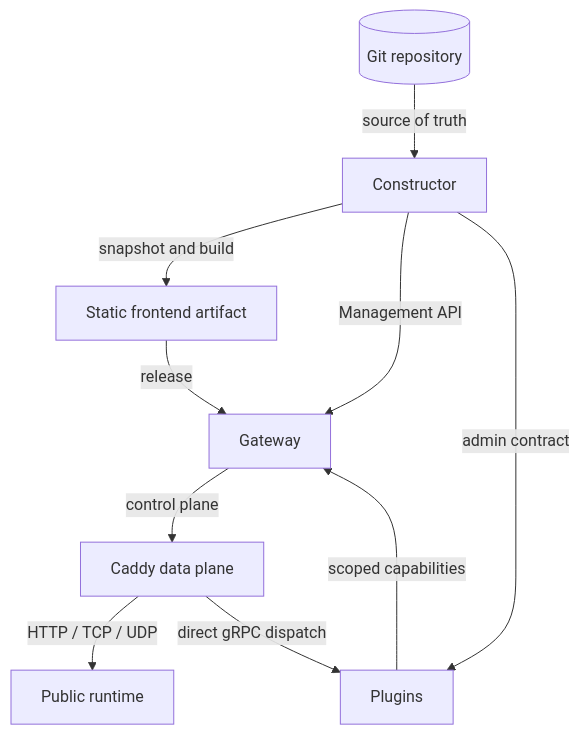
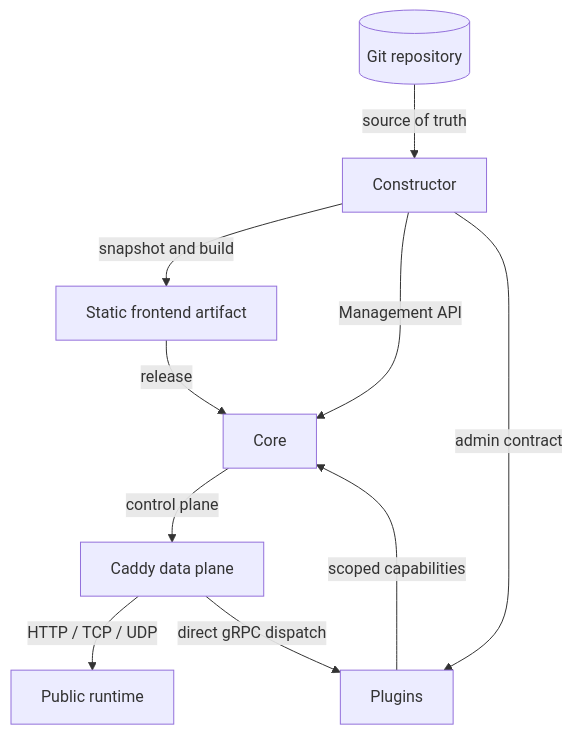
Before and after one commit to Liapoldus/liapoldus.github.io: the diagram in diagrams/ecosystem.mmd, drawn with Mermaid. The commit also changed 171 other files, not shown here.

```diff
--- a/diagrams/ecosystem.mmd
+++ b/diagrams/ecosystem.mmd
@@ -1,10 +1,10 @@
 flowchart TD
   GIT[(Git repository)] -->|source of truth| C[Constructor]
   C -->|snapshot and build| A[Static frontend artifact]
-  C -->|Management API| GW[Gateway]
+  C -->|Management API| GW[Core]
   C -->|admin contract| P[Plugins]
   A -->|release| GW
   P -->|scoped capabilities| GW
   GW -->|control plane| CADDY[Caddy data plane]
   CADDY -->|HTTP / TCP / UDP| R[Public runtime]
   CADDY -->|direct gRPC dispatch| P
```
